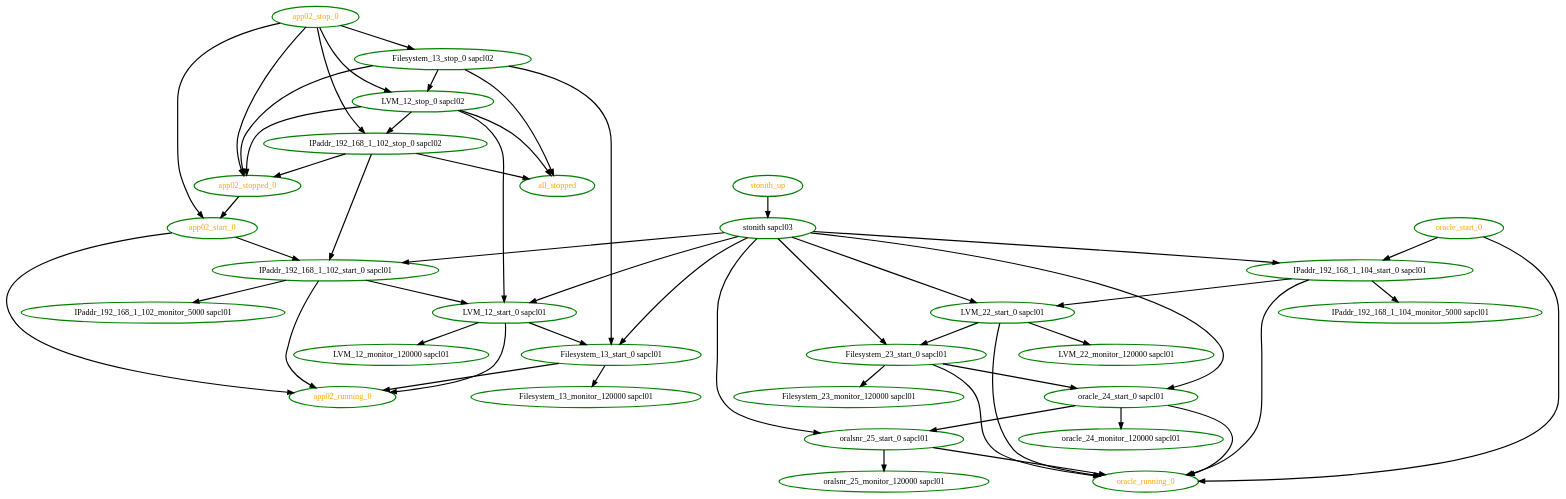
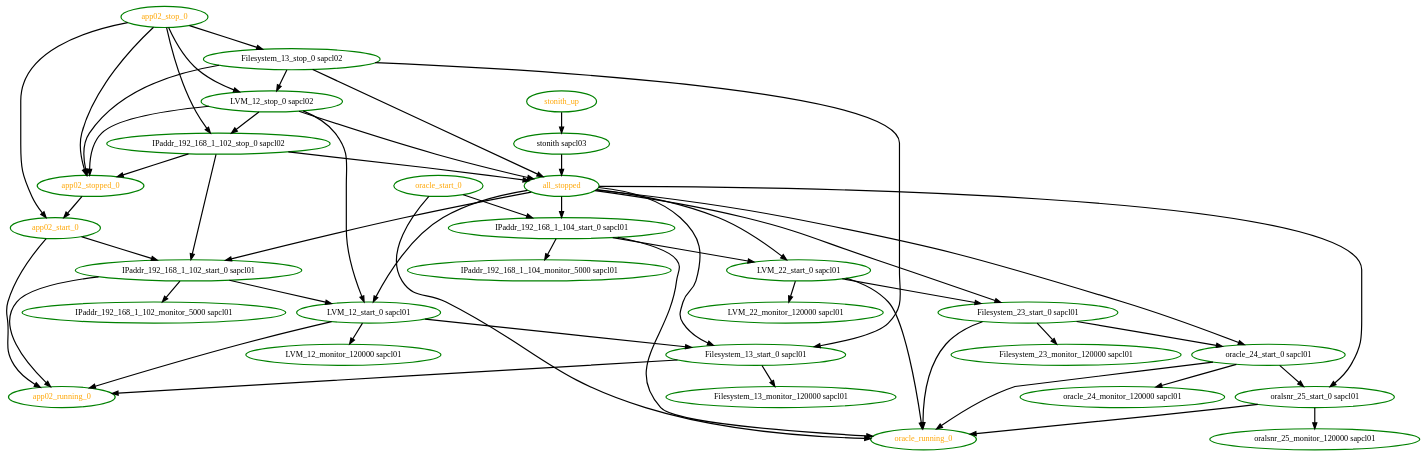
The diagram in crm/pengine/testcases/rec-node-15.dot (richiewen8/heartbeat), drawn with Graphviz before and after one commit. The commit also changed 47 other files, not shown here.

Commit message:
PE: Streamline STONITH ordering. Make sure 'all_stopped' depends on all STONITH ops.

```diff
--- a/crm/pengine/testcases/rec-node-15.dot
+++ b/crm/pengine/testcases/rec-node-15.dot
@@ -1,82 +1,83 @@
  digraph "g" {
 "Filesystem_13_monitor_120000 sapcl01" [ style=bold color="green" fontcolor="black"  ]
 "Filesystem_13_start_0 sapcl01" -> "Filesystem_13_monitor_120000 sapcl01" [ style = bold]
 "Filesystem_13_start_0 sapcl01" -> "app02_running_0" [ style = bold]
 "Filesystem_13_start_0 sapcl01" [ style=bold color="green" fontcolor="black"  ]
 "Filesystem_13_stop_0 sapcl02" -> "Filesystem_13_start_0 sapcl01" [ style = bold]
 "Filesystem_13_stop_0 sapcl02" -> "LVM_12_stop_0 sapcl02" [ style = bold]
 "Filesystem_13_stop_0 sapcl02" -> "all_stopped" [ style = bold]
 "Filesystem_13_stop_0 sapcl02" -> "app02_stopped_0" [ style = bold]
 "Filesystem_13_stop_0 sapcl02" [ style=bold color="green" fontcolor="black"  ]
 "Filesystem_23_monitor_120000 sapcl01" [ style=bold color="green" fontcolor="black"  ]
 "Filesystem_23_start_0 sapcl01" -> "Filesystem_23_monitor_120000 sapcl01" [ style = bold]
 "Filesystem_23_start_0 sapcl01" -> "oracle_24_start_0 sapcl01" [ style = bold]
 "Filesystem_23_start_0 sapcl01" -> "oracle_running_0" [ style = bold]
 "Filesystem_23_start_0 sapcl01" [ style=bold color="green" fontcolor="black"  ]
 "IPaddr_192_168_1_102_monitor_5000 sapcl01" [ style=bold color="green" fontcolor="black"  ]
 "IPaddr_192_168_1_102_start_0 sapcl01" -> "IPaddr_192_168_1_102_monitor_5000 sapcl01" [ style = bold]
 "IPaddr_192_168_1_102_start_0 sapcl01" -> "LVM_12_start_0 sapcl01" [ style = bold]
 "IPaddr_192_168_1_102_start_0 sapcl01" -> "app02_running_0" [ style = bold]
 "IPaddr_192_168_1_102_start_0 sapcl01" [ style=bold color="green" fontcolor="black"  ]
 "IPaddr_192_168_1_102_stop_0 sapcl02" -> "IPaddr_192_168_1_102_start_0 sapcl01" [ style = bold]
 "IPaddr_192_168_1_102_stop_0 sapcl02" -> "all_stopped" [ style = bold]
 "IPaddr_192_168_1_102_stop_0 sapcl02" -> "app02_stopped_0" [ style = bold]
 "IPaddr_192_168_1_102_stop_0 sapcl02" [ style=bold color="green" fontcolor="black"  ]
 "IPaddr_192_168_1_104_monitor_5000 sapcl01" [ style=bold color="green" fontcolor="black"  ]
 "IPaddr_192_168_1_104_start_0 sapcl01" -> "IPaddr_192_168_1_104_monitor_5000 sapcl01" [ style = bold]
 "IPaddr_192_168_1_104_start_0 sapcl01" -> "LVM_22_start_0 sapcl01" [ style = bold]
 "IPaddr_192_168_1_104_start_0 sapcl01" -> "oracle_running_0" [ style = bold]
 "IPaddr_192_168_1_104_start_0 sapcl01" [ style=bold color="green" fontcolor="black"  ]
 "LVM_12_monitor_120000 sapcl01" [ style=bold color="green" fontcolor="black"  ]
 "LVM_12_start_0 sapcl01" -> "Filesystem_13_start_0 sapcl01" [ style = bold]
 "LVM_12_start_0 sapcl01" -> "LVM_12_monitor_120000 sapcl01" [ style = bold]
 "LVM_12_start_0 sapcl01" -> "app02_running_0" [ style = bold]
 "LVM_12_start_0 sapcl01" [ style=bold color="green" fontcolor="black"  ]
 "LVM_12_stop_0 sapcl02" -> "IPaddr_192_168_1_102_stop_0 sapcl02" [ style = bold]
 "LVM_12_stop_0 sapcl02" -> "LVM_12_start_0 sapcl01" [ style = bold]
 "LVM_12_stop_0 sapcl02" -> "all_stopped" [ style = bold]
 "LVM_12_stop_0 sapcl02" -> "app02_stopped_0" [ style = bold]
 "LVM_12_stop_0 sapcl02" [ style=bold color="green" fontcolor="black"  ]
 "LVM_22_monitor_120000 sapcl01" [ style=bold color="green" fontcolor="black"  ]
 "LVM_22_start_0 sapcl01" -> "Filesystem_23_start_0 sapcl01" [ style = bold]
 "LVM_22_start_0 sapcl01" -> "LVM_22_monitor_120000 sapcl01" [ style = bold]
 "LVM_22_start_0 sapcl01" -> "oracle_running_0" [ style = bold]
 "LVM_22_start_0 sapcl01" [ style=bold color="green" fontcolor="black"  ]
+"all_stopped" -> "Filesystem_13_start_0 sapcl01" [ style = bold]
+"all_stopped" -> "Filesystem_23_start_0 sapcl01" [ style = bold]
+"all_stopped" -> "IPaddr_192_168_1_102_start_0 sapcl01" [ style = bold]
+"all_stopped" -> "IPaddr_192_168_1_104_start_0 sapcl01" [ style = bold]
+"all_stopped" -> "LVM_12_start_0 sapcl01" [ style = bold]
+"all_stopped" -> "LVM_22_start_0 sapcl01" [ style = bold]
+"all_stopped" -> "oracle_24_start_0 sapcl01" [ style = bold]
+"all_stopped" -> "oralsnr_25_start_0 sapcl01" [ style = bold]
 "all_stopped" [ style=bold color="green" fontcolor="orange"  ]
 "app02_running_0" [ style=bold color="green" fontcolor="orange"  ]
 "app02_start_0" -> "IPaddr_192_168_1_102_start_0 sapcl01" [ style = bold]
 "app02_start_0" -> "app02_running_0" [ style = bold]
 "app02_start_0" [ style=bold color="green" fontcolor="orange"  ]
 "app02_stop_0" -> "Filesystem_13_stop_0 sapcl02" [ style = bold]
 "app02_stop_0" -> "IPaddr_192_168_1_102_stop_0 sapcl02" [ style = bold]
 "app02_stop_0" -> "LVM_12_stop_0 sapcl02" [ style = bold]
 "app02_stop_0" -> "app02_start_0" [ style = bold]
 "app02_stop_0" -> "app02_stopped_0" [ style = bold]
 "app02_stop_0" [ style=bold color="green" fontcolor="orange"  ]
 "app02_stopped_0" -> "app02_start_0" [ style = bold]
 "app02_stopped_0" [ style=bold color="green" fontcolor="orange"  ]
 "oracle_24_monitor_120000 sapcl01" [ style=bold color="green" fontcolor="black"  ]
 "oracle_24_start_0 sapcl01" -> "oracle_24_monitor_120000 sapcl01" [ style = bold]
 "oracle_24_start_0 sapcl01" -> "oracle_running_0" [ style = bold]
 "oracle_24_start_0 sapcl01" -> "oralsnr_25_start_0 sapcl01" [ style = bold]
 "oracle_24_start_0 sapcl01" [ style=bold color="green" fontcolor="black"  ]
 "oracle_running_0" [ style=bold color="green" fontcolor="orange"  ]
 "oracle_start_0" -> "IPaddr_192_168_1_104_start_0 sapcl01" [ style = bold]
 "oracle_start_0" -> "oracle_running_0" [ style = bold]
 "oracle_start_0" [ style=bold color="green" fontcolor="orange"  ]
 "oralsnr_25_monitor_120000 sapcl01" [ style=bold color="green" fontcolor="black"  ]
 "oralsnr_25_start_0 sapcl01" -> "oracle_running_0" [ style = bold]
 "oralsnr_25_start_0 sapcl01" -> "oralsnr_25_monitor_120000 sapcl01" [ style = bold]
 "oralsnr_25_start_0 sapcl01" [ style=bold color="green" fontcolor="black"  ]
-"stonith sapcl03" -> "Filesystem_13_start_0 sapcl01" [ style = bold]
-"stonith sapcl03" -> "Filesystem_23_start_0 sapcl01" [ style = bold]
-"stonith sapcl03" -> "IPaddr_192_168_1_102_start_0 sapcl01" [ style = bold]
-"stonith sapcl03" -> "IPaddr_192_168_1_104_start_0 sapcl01" [ style = bold]
-"stonith sapcl03" -> "LVM_12_start_0 sapcl01" [ style = bold]
-"stonith sapcl03" -> "LVM_22_start_0 sapcl01" [ style = bold]
-"stonith sapcl03" -> "oracle_24_start_0 sapcl01" [ style = bold]
-"stonith sapcl03" -> "oralsnr_25_start_0 sapcl01" [ style = bold]
+"stonith sapcl03" -> "all_stopped" [ style = bold]
 "stonith sapcl03" [ style=bold color="green" fontcolor="black"  ]
 "stonith_up" -> "stonith sapcl03" [ style = bold]
 "stonith_up" [ style=bold color="green" fontcolor="orange"  ]
 }
```
